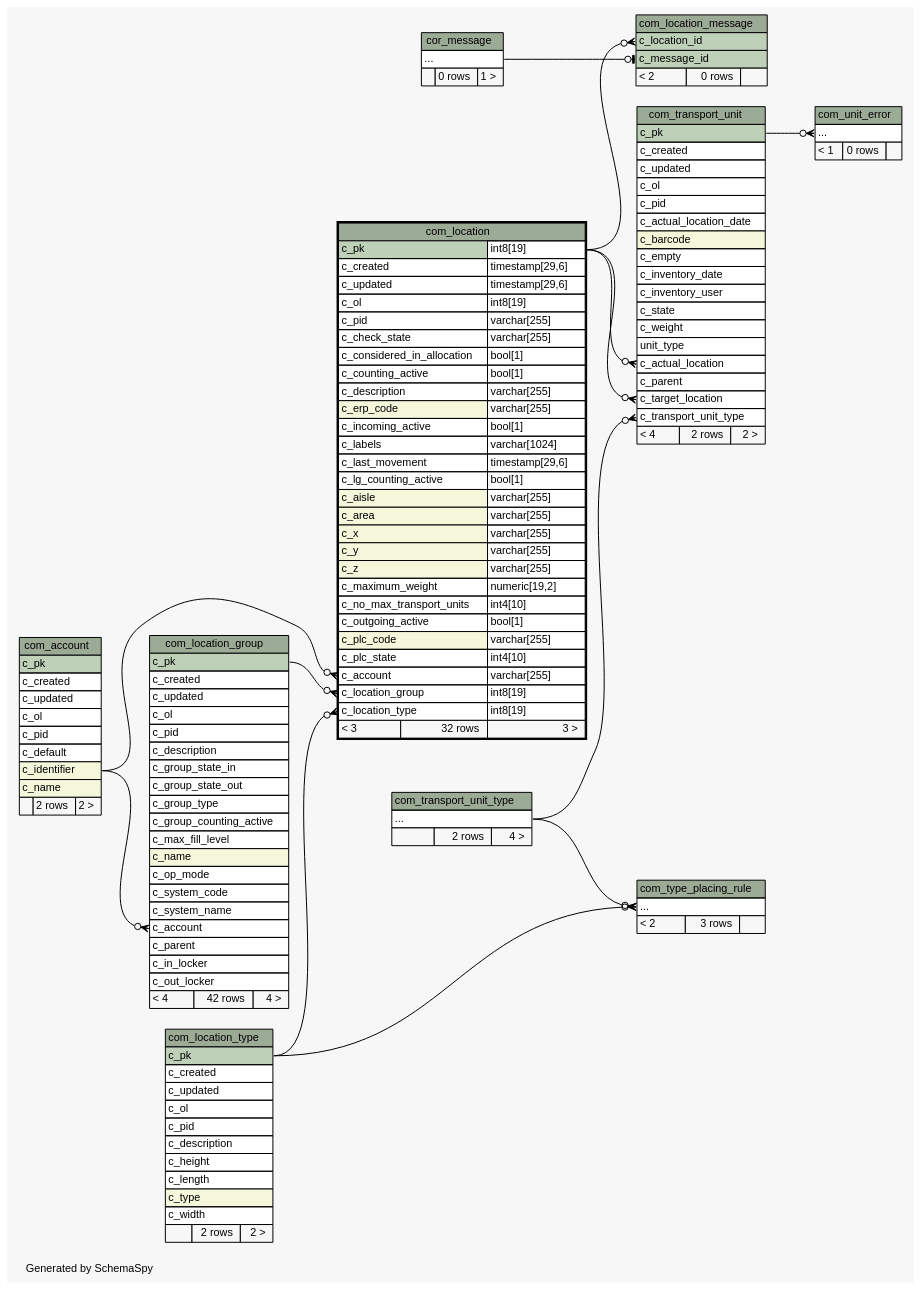
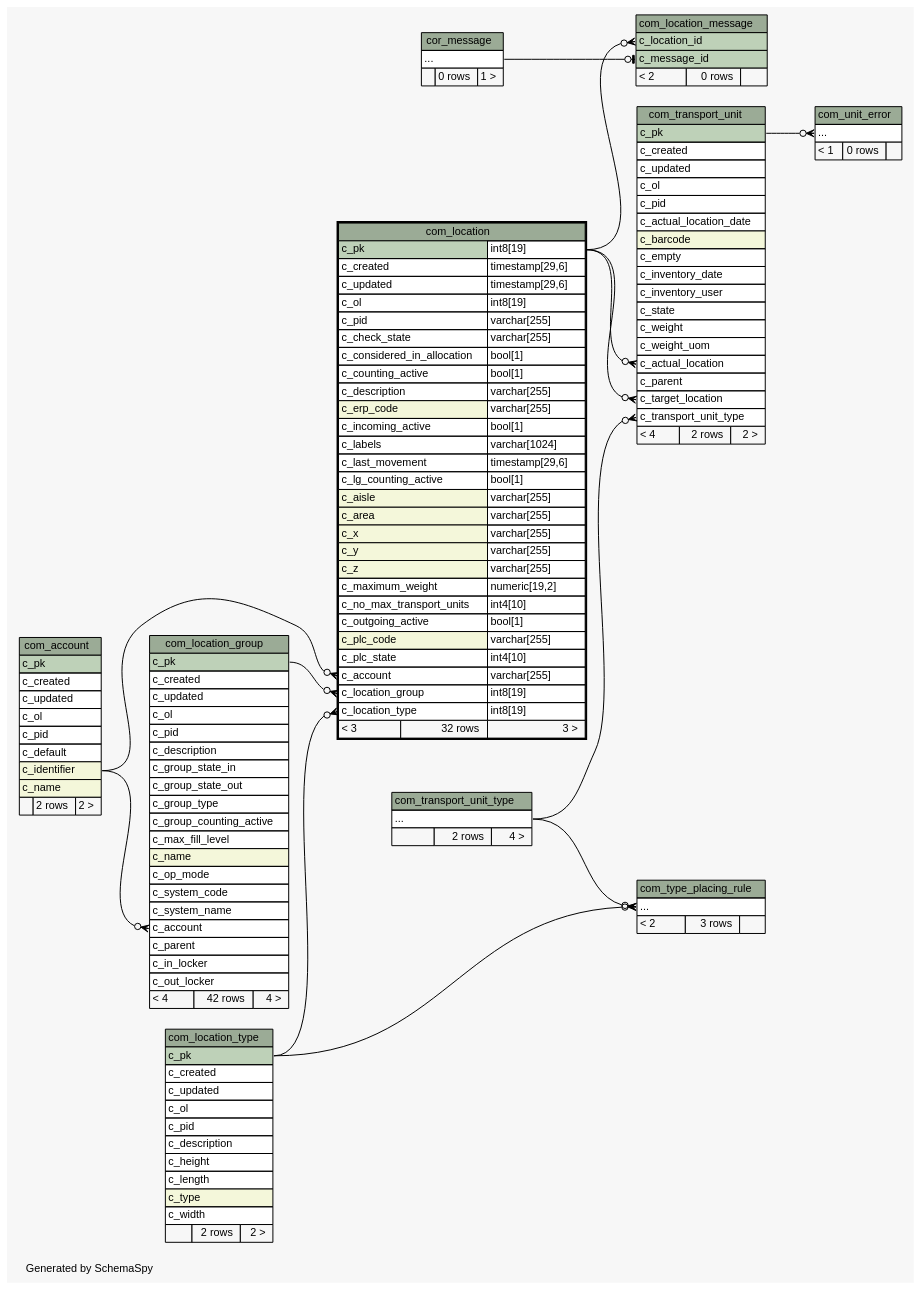
Before and after one commit to openwms/org.openwms.common.service.lib: the diagram in 1.7.0-SNAPSHOT/schemaspy/diagrams/com_location.2degrees.dot, drawn with Graphviz. The commit also changed 437 other files, not shown here.

```diff
--- a/1.7.0-SNAPSHOT/schemaspy/diagrams/com_location.2degrees.dot
+++ b/1.7.0-SNAPSHOT/schemaspy/diagrams/com_location.2degrees.dot
@@ -158,7 +158,7 @@
       <TR><TD PORT="c_inventory_user" COLSPAN="3" ALIGN="LEFT">c_inventory_user</TD></TR>
       <TR><TD PORT="c_state" COLSPAN="3" ALIGN="LEFT">c_state</TD></TR>
       <TR><TD PORT="c_weight" COLSPAN="3" ALIGN="LEFT">c_weight</TD></TR>
-      <TR><TD PORT="unit_type" COLSPAN="3" ALIGN="LEFT">unit_type</TD></TR>
+      <TR><TD PORT="c_weight_uom" COLSPAN="3" ALIGN="LEFT">c_weight_uom</TD></TR>
       <TR><TD PORT="c_actual_location" COLSPAN="3" ALIGN="LEFT">c_actual_location</TD></TR>
       <TR><TD PORT="c_parent" COLSPAN="3" ALIGN="LEFT">c_parent</TD></TR>
       <TR><TD PORT="c_target_location" COLSPAN="3" ALIGN="LEFT">c_target_location</TD></TR>
```
